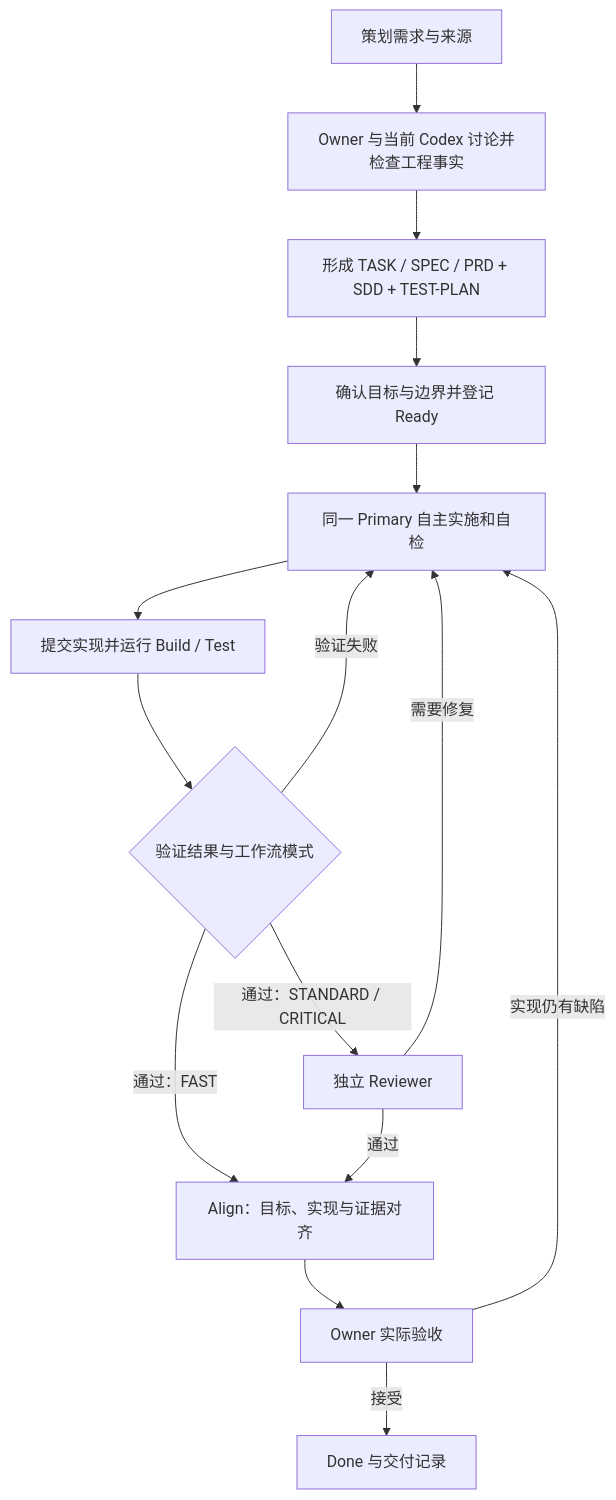
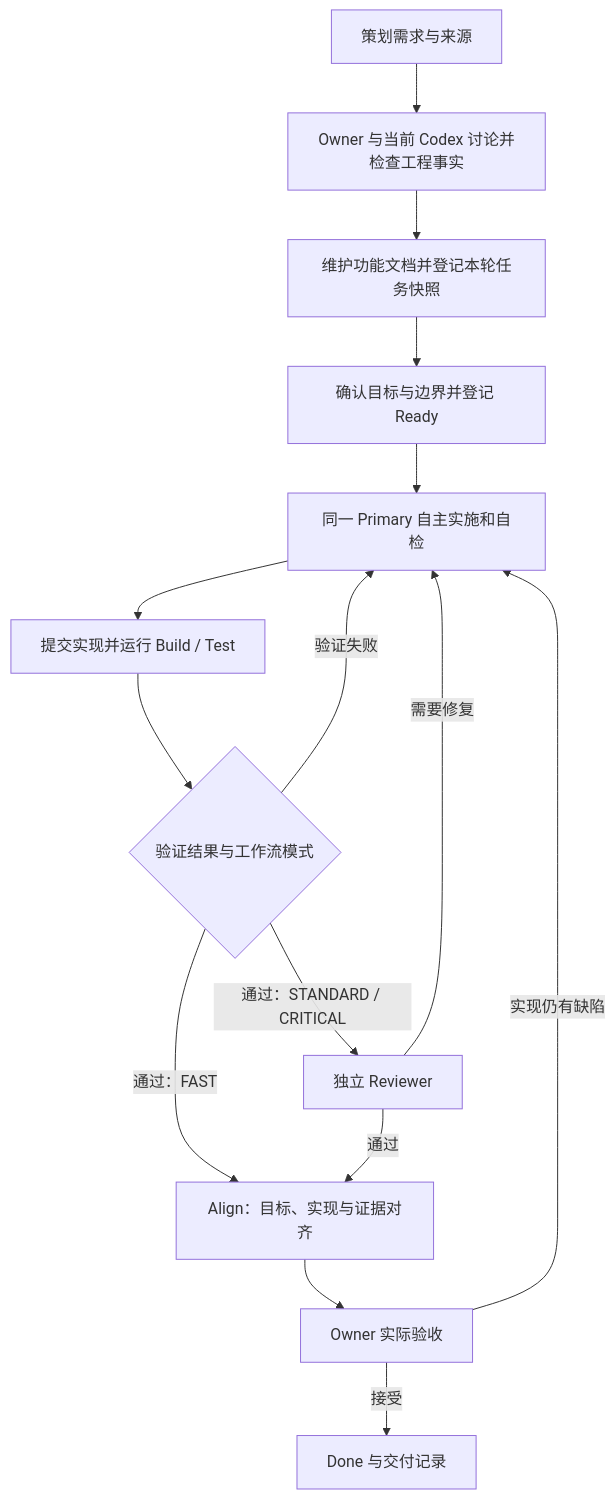
The diagram in docs/UNIFIED_WORKFLOW.md (YIMO691/ares-ai-engineering-harness), drawn with Mermaid before and after one commit. The commit also changed other lines of this file and 75 other files, not shown here.

````diff
--- a/docs/UNIFIED_WORKFLOW.md
+++ b/docs/UNIFIED_WORKFLOW.md
@@ -30,17 +30,17 @@
 ```mermaid
 flowchart TD
     A[策划需求与来源] --> B[Owner 与当前 Codex 讨论并检查工程事实]
-    B --> C[形成 TASK / SPEC / PRD + SDD + TEST-PLAN]
+    B --> C[维护功能文档并登记本轮任务快照]
     C --> D[确认目标与边界并登记 Ready]
     D --> E[同一 Primary 自主实施和自检]
     E --> F[提交实现并运行 Build / Test]
     F --> G{验证结果与工作流模式}
     G -->|验证失败| E
     G -->|通过：STANDARD / CRITICAL| H[独立 Reviewer]
     G -->|通过：FAST| I[Align：目标、实现与证据对齐]
     H -->|需要修复| E
     H -->|通过| I
     I --> J[Owner 实际验收]
     J -->|接受| K[Done 与交付记录]
     J -->|实现仍有缺陷| E
 ```
````
